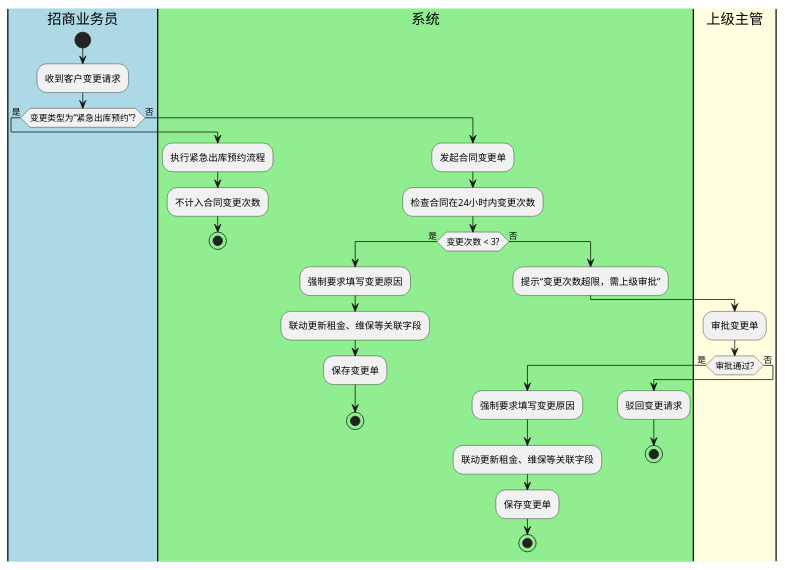
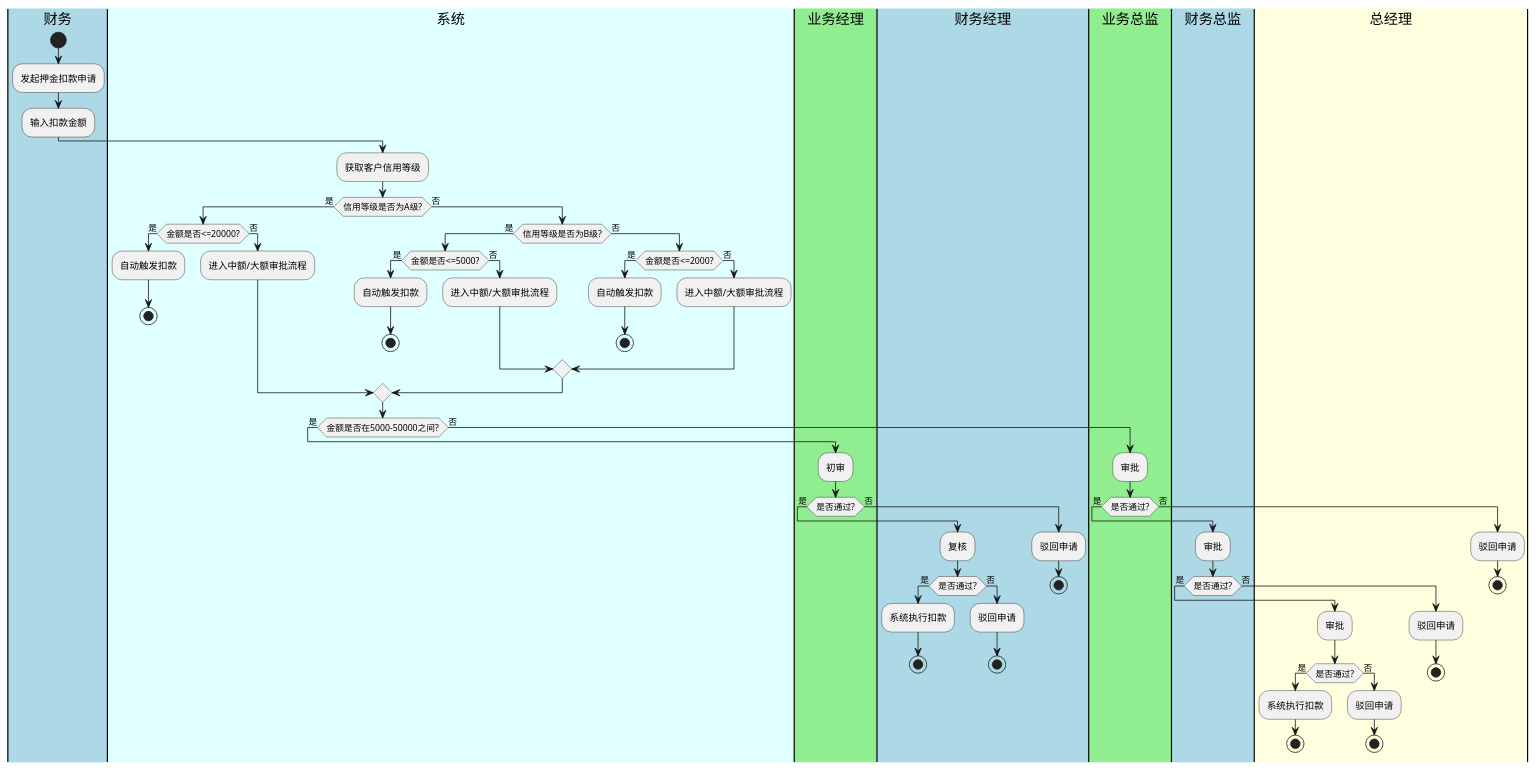
Before and after one commit to JiangHuanzhen/medical-device-rental-system: the third of 5 diagrams in .claude/knowledge-base/wiki/summaries/行为模型图-20260626-v3.puml, drawn with PlantUML. The commit also changed other lines of this file and 223 other files, not shown here.

```diff
--- a/.claude/knowledge-base/wiki/summaries/行为模型图-20260626-v3.puml
+++ b/.claude/knowledge-base/wiki/summaries/行为模型图-20260626-v3.puml
@@ -102,36 +81,76 @@
 @startuml
-|#LightBlue|招商业务员|
+|#LightBlue|财务|
 start
-:收到客户变更请求;
-if (变更类型为“紧急出库预约”?) then (是)
-  |#LightGreen|系统|
-  :执行紧急出库预约流程;
-  :不计入合同变更次数;
-  stop
-else (否)
-  :发起合同变更单;
-  |#LightGreen|系统|
-  :检查合同在24小时内变更次数;
-  if (变更次数 < 3?) then (是)
-    :强制要求填写变更原因;
-    :联动更新租金、维保等关联字段;
-    :保存变更单;
+:发起押金扣款申请;
+:输入扣款金额;
+|#LightCyan|系统|
+:获取客户信用等级;
+if (信用等级是否为A级?) then (是)
+  if (金额是否<=20000?) then (是)
+    :自动触发扣款;
     stop
   else (否)
-    :提示“变更次数超限，需上级审批”;
-    |#LightYellow|上级主管|
-    :审批变更单;
-    if (审批通过?) then (是)
-      |#LightGreen|系统|
-      :强制要求填写变更原因;
-      :联动更新租金、维保等关联字段;
-      :保存变更单;
+    :进入中额/大额审批流程;
+  endif
+else (否)
+  if (信用等级是否为B级?) then (是)
+    if (金额是否<=5000?) then (是)
+      :自动触发扣款;
       stop
     else (否)
-      :驳回变更请求;
+      :进入中额/大额审批流程;
+    endif
+  else (否)
+    if (金额是否<=2000?) then (是)
+      :自动触发扣款;
+      stop
+    else (否)
+      :进入中额/大额审批流程;
+    endif
+  endif
+endif
+|#LightCyan|系统|
+if (金额是否在5000-50000之间?) then (是)
+  |#LightGreen|业务经理|
+  :初审;
+  if (是否通过?) then (是)
+    |#LightBlue|财务经理|
+    :复核;
+    if (是否通过?) then (是)
+      :系统执行扣款;
+      stop
+    else (否)
+      :驳回申请;
       stop
     endif
+  else (否)
+    :驳回申请;
+    stop
+  endif
+else (否)
+  |#LightGreen|业务总监|
+  :审批;
+  if (是否通过?) then (是)
+    |#LightBlue|财务总监|
+    :审批;
+    if (是否通过?) then (是)
+      |#LightYellow|总经理|
+      :审批;
+      if (是否通过?) then (是)
+        :系统执行扣款;
+        stop
+      else (否)
+        :驳回申请;
+        stop
+      endif
+    else (否)
+      :驳回申请;
+      stop
+    endif
+  else (否)
+    :驳回申请;
+    stop
   endif
 endif
 
 @enduml
```
